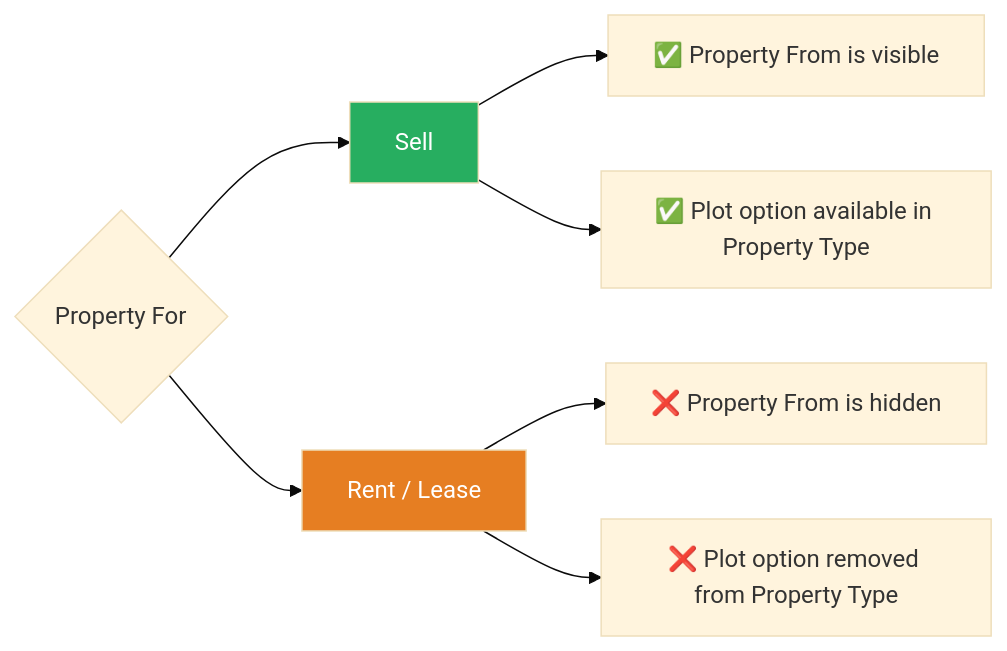
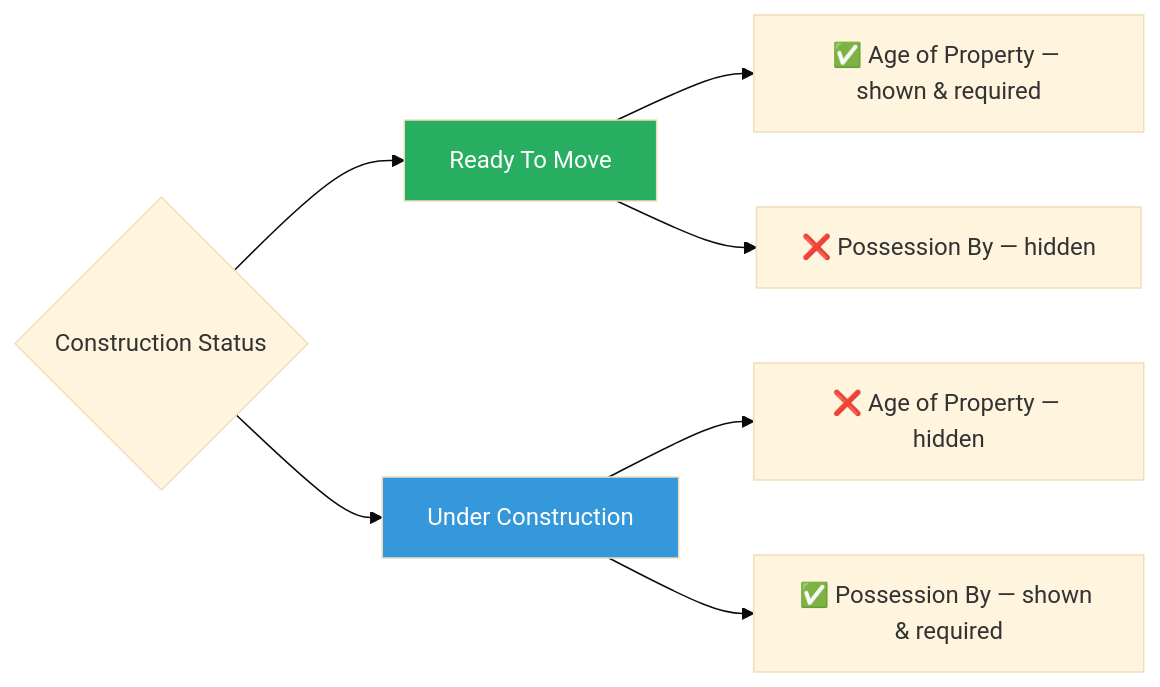
The second of 4 diagrams in README.md (shackshyam/property), drawn with Mermaid (base theme) before and after one commit. The commit also changed other lines of this file, not shown here.

````diff
--- a/README.md
+++ b/README.md
@@ -53,18 +63,23 @@
 ```mermaid
 graph LR
-    PF{"Property For"}
-    SELL["Sell"]
-    RENT["Rent / Lease"]
+    CS{"Construction Status"}
+    RTM["Ready To Move"]
+    UC["Under Construction"]
 
-    PF --> SELL
-    PF --> RENT
 
-    SELL --> S1["✅ Property From is visible"]
-    SELL --> S2["✅ Plot option available in Property Type"]
+    CS --> RTM
+    CS --> UC
 
-    RENT --> R1["❌ Property From is hidden"]
-    RENT --> R2["❌ Plot option removed from Property Type"]
 
-    style SELL fill:#27AE60,color:#fff
-    style RENT fill:#E67E22,color:#fff
+    RTM --> A1["✅ Age of Property — shown & required"]
+    RTM --> A2["❌ Possession By — hidden"]
+
+    UC --> B1["❌ Age of Property — hidden"]
+    UC --> B2["✅ Possession By — shown & required"]
+
+ 
+
+    style RTM fill:#27AE60,color:#fff
+    style UC fill:#3498DB,color:#fff
+ 
 ```
````
